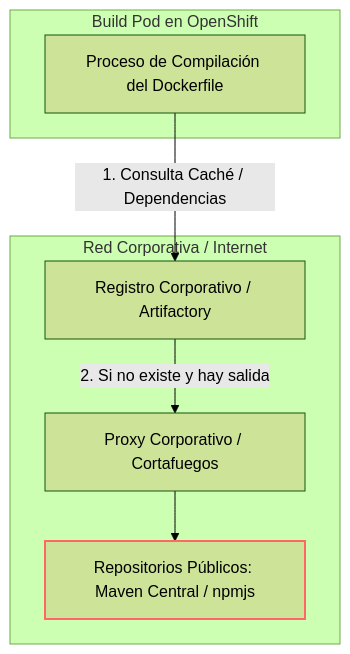
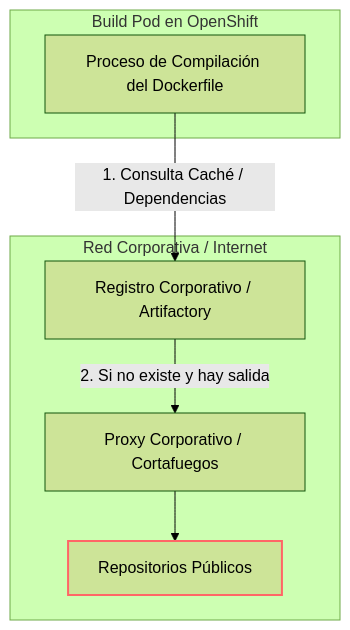
The fifth of 7 diagrams in docs/sesion4/4.5 Construir en la plataforma.md (ieftraining/curso-openshift), drawn with Mermaid (forest theme) before and after one commit. The commit also changed other lines of this file, not shown here.

````diff
--- a/docs/sesion4/4.5 Construir en la plataforma.md
+++ b/docs/sesion4/4.5 Construir en la plataforma.md
@@ -124,17 +124,17 @@
 ```mermaid
 flowchart TD
     subgraph Build Pod en OpenShift
         BP[Proceso de Compilación del Dockerfile]
     end
 
     subgraph Red Corporativa / Internet
         Proxy[Proxy Corporativo / Cortafuegos]
         Nexus[Registro Corporativo / Artifactory]
-        Internet[Repositorios Públicos: Maven Central / npmjs]
+        Internet[Repositorios Públicos]
     end
 
     BP -->|1. Consulta Caché / Dependencias| Nexus
     Nexus -->|2. Si no existe y hay salida| Proxy --> Internet
     
     style Internet stroke:#f66,stroke-width:2px
 ```
````
